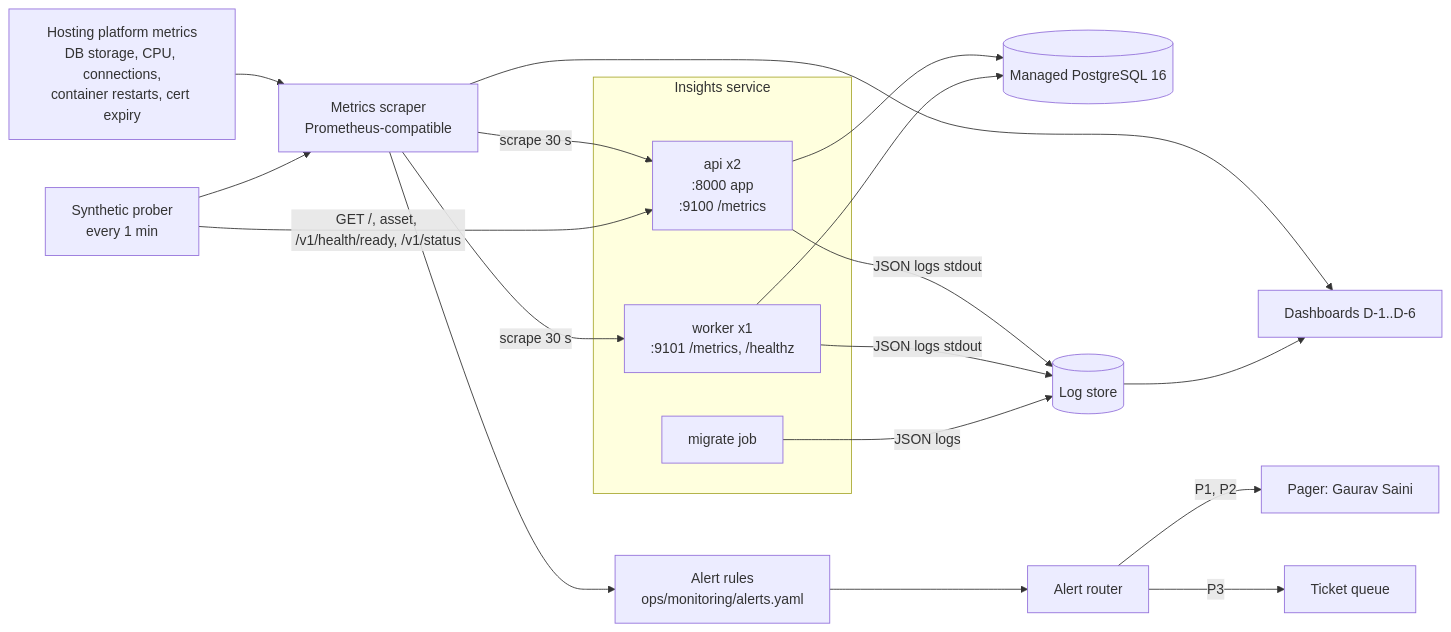
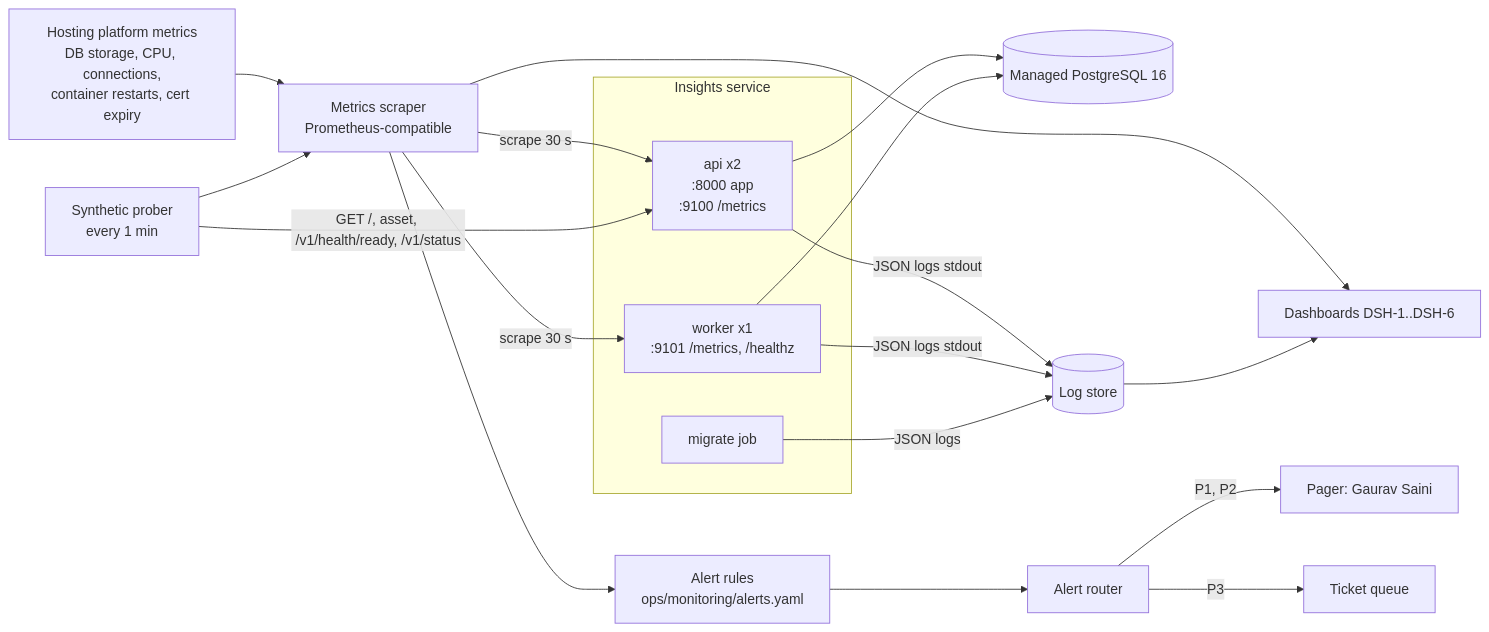
One commit to puneetsinghnanda/AI-Skill-Library changed the first of 3 diagrams in docs/operations/OPS-02-monitoring-alerting.md. Above: the diagram before and after it, drawn with Mermaid. The commit also changed other lines of this file and 30 other files, not shown here.

````diff
--- a/docs/operations/OPS-02-monitoring-alerting.md
+++ b/docs/operations/OPS-02-monitoring-alerting.md
@@ -43,25 +43,25 @@
 ```mermaid
 flowchart LR
   subgraph Svc[Insights service]
     API[api x2\n:8000 app\n:9100 /metrics]
     WK[worker x1\n:9101 /metrics, /healthz]
     MIG[migrate job]
   end
   DB[(Managed PostgreSQL 16)]
   API --> DB
   WK --> DB
   API -- JSON logs stdout --> LOG[(Log store)]
   WK -- JSON logs stdout --> LOG
   MIG -- JSON logs --> LOG
   SCR[Metrics scraper\nPrometheus-compatible] -- scrape 30 s --> API
   SCR -- scrape 30 s --> WK
   CLOUD[Hosting platform metrics\nDB storage, CPU, connections,\ncontainer restarts, cert expiry] --> SCR
   SYN[Synthetic prober\nevery 1 min] -- "GET /, asset, /v1/health/ready, /v1/status" --> API
   SYN --> SCR
   SCR --> RULES[Alert rules\nops/monitoring/alerts.yaml]
   RULES --> ROUTER[Alert router]
   ROUTER -- P1, P2 --> PAGE[Pager: Gaurav Saini]
   ROUTER -- P3 --> TICKET[Ticket queue]
-  SCR --> DASH[Dashboards D-1..D-6]
+  SCR --> DASH[Dashboards DSH-1..DSH-6]
   LOG --> DASH
 ```
````
